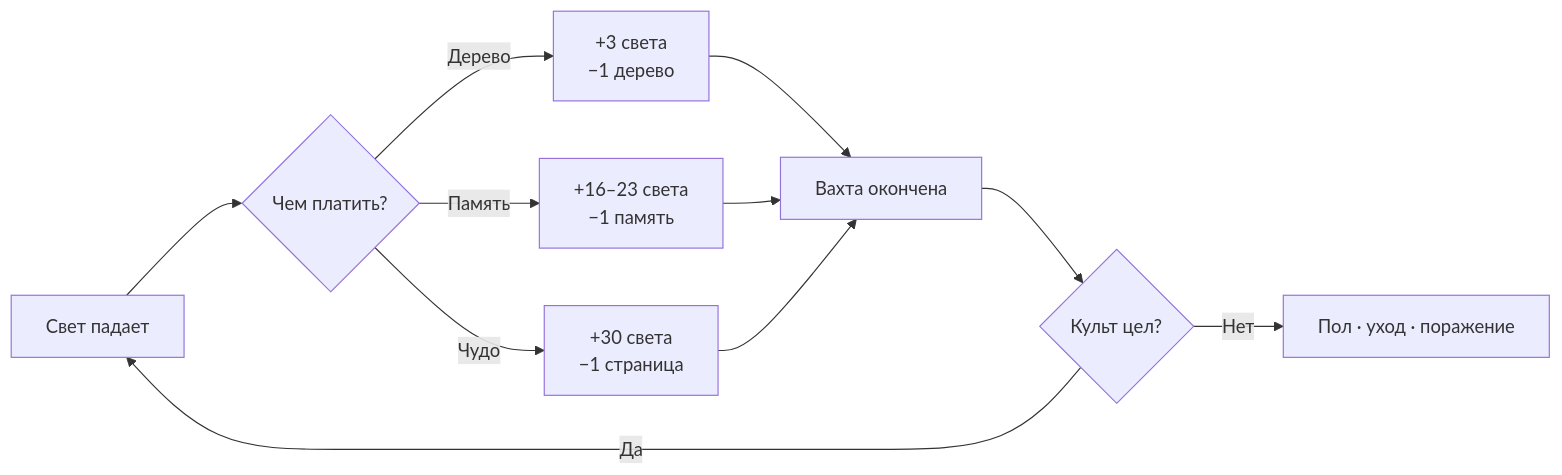
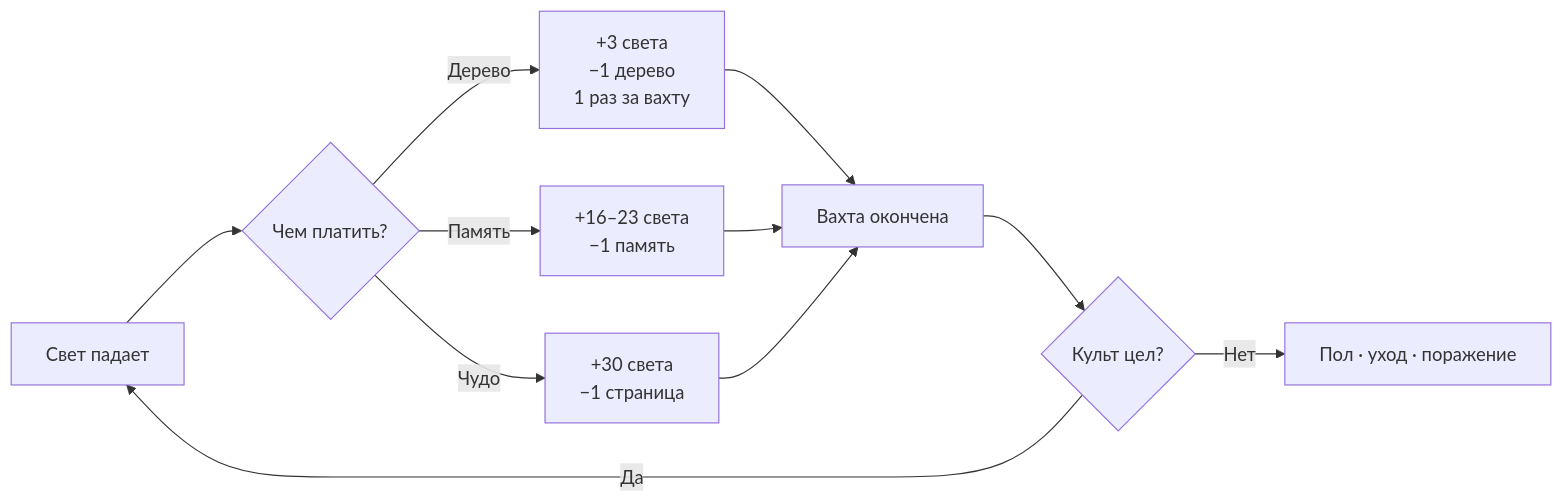
One commit to PandaGarry/TDL changed the diagram in docs/game-design.md. Above: the diagram before and after it, drawn with Mermaid. The commit also changed other lines of this file and 15 other files, not shown here.

````diff
--- a/docs/game-design.md
+++ b/docs/game-design.md
@@ -124,13 +126,13 @@
 ```mermaid
 flowchart LR
     A["Свет падает"] --> B{"Чем платить?"}
-    B -->|"Дерево"| C["+3 света<br/>−1 дерево"]
+    B -->|"Дерево"| C["+3 света<br/>−1 дерево<br/>1 раз за вахту"]
     B -->|"Память"| D["+16–23 света<br/>−1 память"]
     B -->|"Чудо"| E["+30 света<br/>−1 страница"]
     C --> F["Вахта окончена"]
     D --> F
     E --> F
     F --> G{"Культ цел?"}
     G -->|"Нет"| H["Пол · уход · поражение"]
     G -->|"Да"| A
 ```
````
